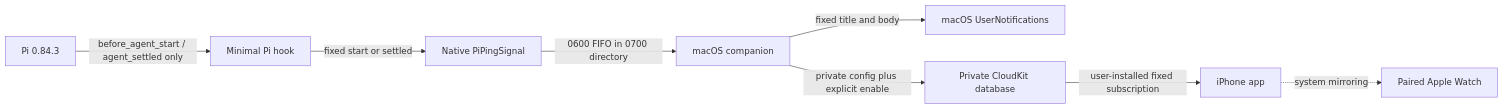
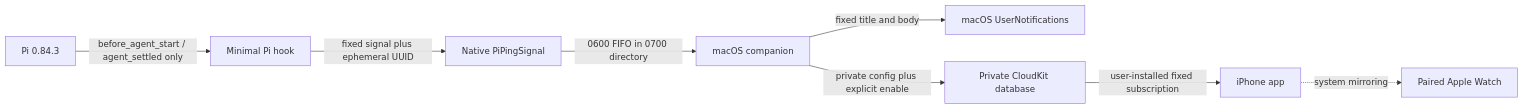
Before and after one commit to annbjer/PiPing: the diagram in Docs/ARCHITECTURE.md, drawn with Mermaid. The commit also changed other lines of this file and 24 other files, not shown here.

````diff
--- a/Docs/ARCHITECTURE.md
+++ b/Docs/ARCHITECTURE.md
@@ -5,10 +5,10 @@
 ```mermaid
 flowchart LR
     Pi[Pi 0.84.3] -->|before_agent_start / agent_settled only| Hook[Minimal Pi hook]
-    Hook -->|fixed start or settled| Helper[Native PiPingSignal]
+    Hook -->|fixed signal plus ephemeral UUID| Helper[Native PiPingSignal]
     Helper -->|0600 FIFO in 0700 directory| Mac[macOS companion]
     Mac -->|fixed title and body| Local[macOS UserNotifications]
     Mac -->|private config plus explicit enable| Cloud[Private CloudKit database]
     Cloud -->|user-installed fixed subscription| Phone[iPhone app]
     Phone -. system mirroring .-> Watch[Paired Apple Watch]
 ```
````
